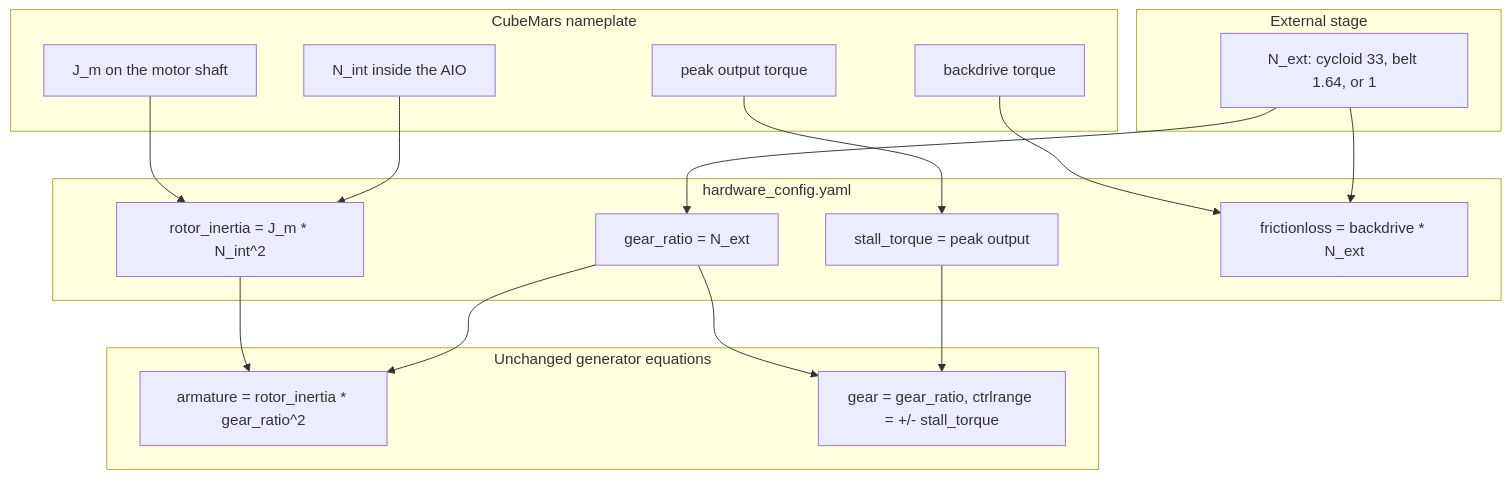
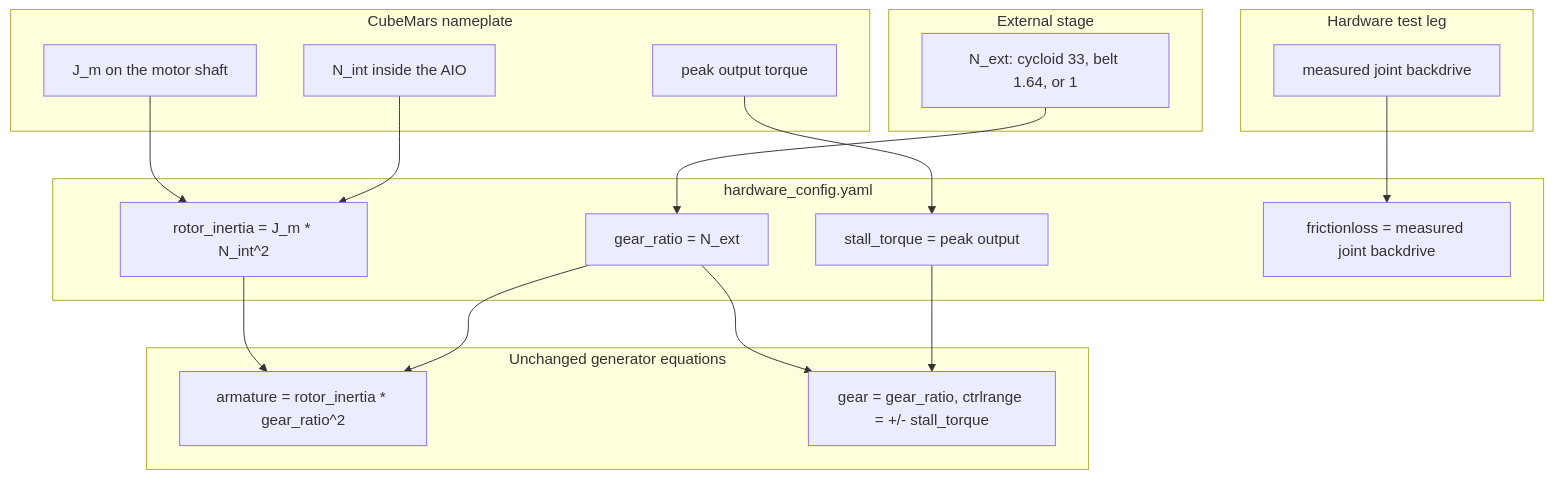
Before and after one commit to Optimal-Robotics-Lab/WaLTER_Modeling: the diagram in docs/joint_actuator_modeling.md, drawn with Mermaid. The commit also changed other lines of this file and 1 other file, not shown here.

````diff
--- a/docs/joint_actuator_modeling.md
+++ b/docs/joint_actuator_modeling.md
@@ -56,32 +56,33 @@
 ```mermaid
 flowchart TD
   subgraph plate [CubeMars nameplate]
     Jm["J_m on the motor shaft"]
     Nint["N_int inside the AIO"]
     Tpeak["peak output torque"]
-    Tbd["backdrive torque"]
   end
   subgraph ext [External stage]
     Next["N_ext: cycloid 33, belt 1.64, or 1"]
+  end
+  subgraph leg [Hardware test leg]
+    Tbd["measured joint backdrive"]
   end
   subgraph yaml [hardware_config.yaml]
     RI["rotor_inertia = J_m * N_int^2"]
     GR["gear_ratio = N_ext"]
     ST["stall_torque = peak output"]
-    FL["frictionloss = backdrive * N_ext"]
+    FL["frictionloss = measured joint backdrive"]
   end
   subgraph mj [Unchanged generator equations]
     Arm["armature = rotor_inertia * gear_ratio^2"]
     Act["gear = gear_ratio, ctrlrange = +/- stall_torque"]
   end
   Jm --> RI
   Nint --> RI
   Next --> GR
   Tpeak --> ST
   Tbd --> FL
-  Next --> FL
   RI --> Arm
   GR --> Arm
   GR --> Act
   ST --> Act
 ```
````
